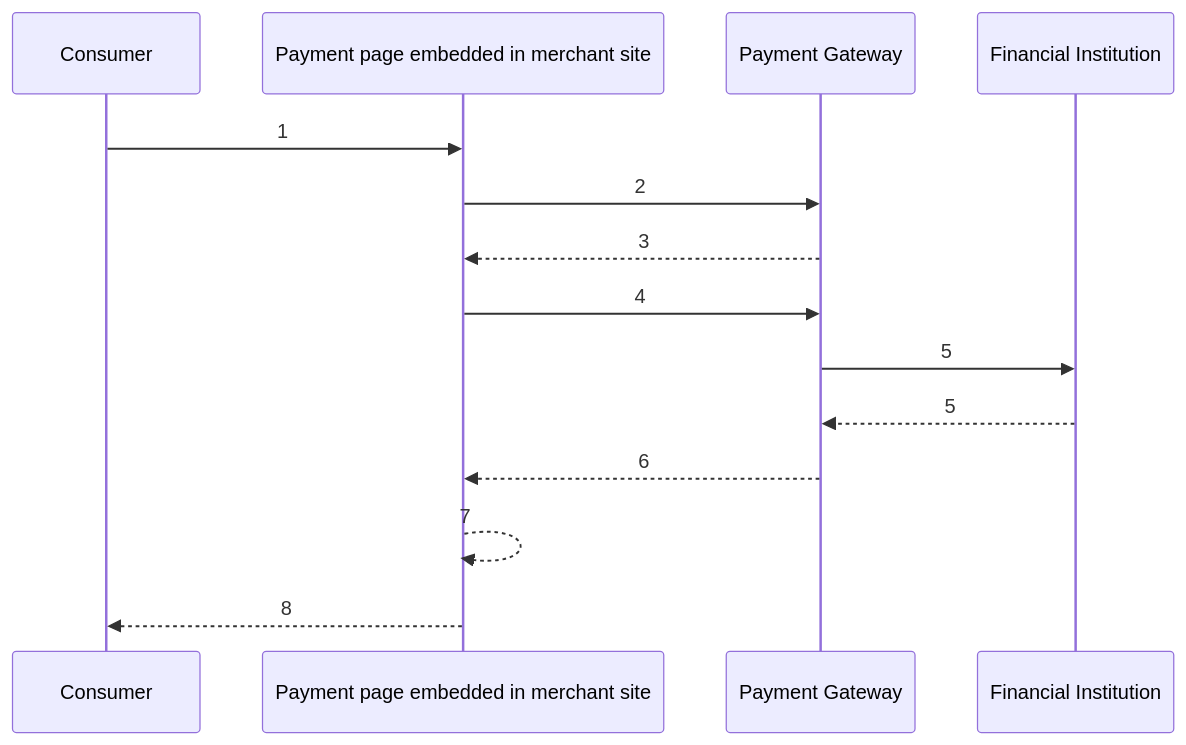
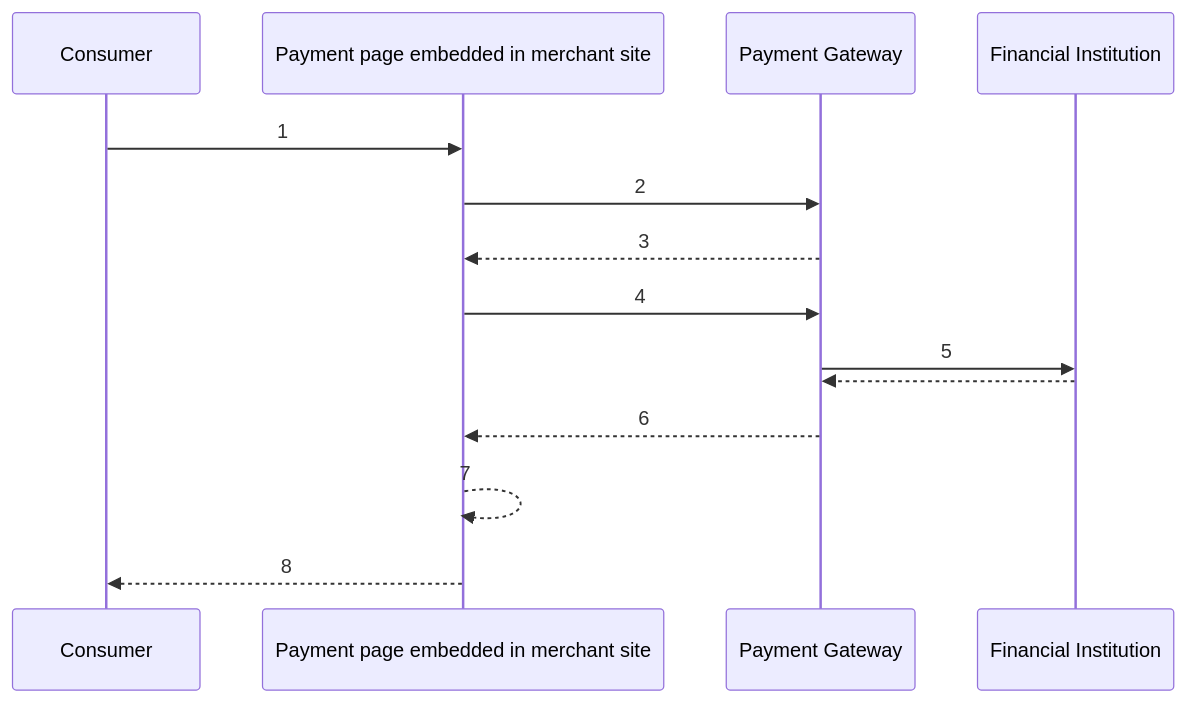
The diagram in 03-02-02-01-pp-epp-workflow.adoc (wirecard/merchant-documentation-gateway), drawn with Mermaid before and after one commit.

Commit message:
Update Mermaid Diagrams

```diff
--- a/03-02-02-01-pp-epp-workflow.adoc
+++ b/03-02-02-01-pp-epp-workflow.adoc
@@ -8,17 +8,17 @@
 [mermaid,PP_EPP_v2_Workflow,svg,subs=attributes+]
 ----
 sequenceDiagram
-    participant Consumer
-    participant Payment page embedded in merchant site
-    participant Payment Gateway
-    participant Financial Institution
-        Consumer ->> Payment page embedded in merchant site: 1
-        Payment page embedded in merchant site ->> Payment Gateway: 2
-        Payment Gateway -->> Payment page embedded in merchant site: 3
-        Payment page embedded in merchant site ->> Payment Gateway: 4
-        Payment Gateway ->> Financial Institution: 5
-    	Financial Institution -->> Payment Gateway: 5
-        Payment Gateway -->> Payment page embedded in merchant site: 6
-        Payment page embedded in merchant site -->> Payment page embedded in merchant site: 7
-        Payment page embedded in merchant site -->> Consumer: 8
+    participant A as Consumer
+    participant B as Payment page embedded in merchant site
+    participant C as Payment Gateway
+    participant D as Financial Institution
+        A ->> B: 1
+        B ->> C: 2
+        C -->> B: 3
+        B ->> C: 4
+        C ->> D: 5
+    	D -->> C: 
+        C -->> B: 6
+        B -->> B: 7
+        B -->> A: 8
 ----
```
